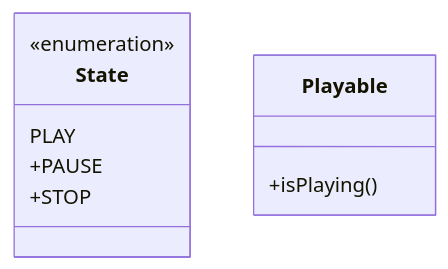
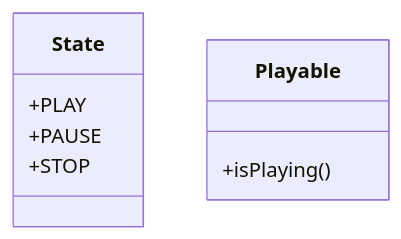
One commit to stridecolossus/JOVE changed the diagram in docs/blog/part-4-models/render-loop.md. Above: the diagram before and after it, drawn with Mermaid.

````diff
--- a/docs/blog/part-4-models/render-loop.md
+++ b/docs/blog/part-4-models/render-loop.md
@@ -336,14 +336,13 @@
 ```mermaid
 classDiagram
 
 class State
-<<enumeration>> State
-State : PLAY
+State : +PLAY
 State : +PAUSE
 State : +STOP
 
 class Playable {
     +isPlaying()
 }
 
 ```
````
